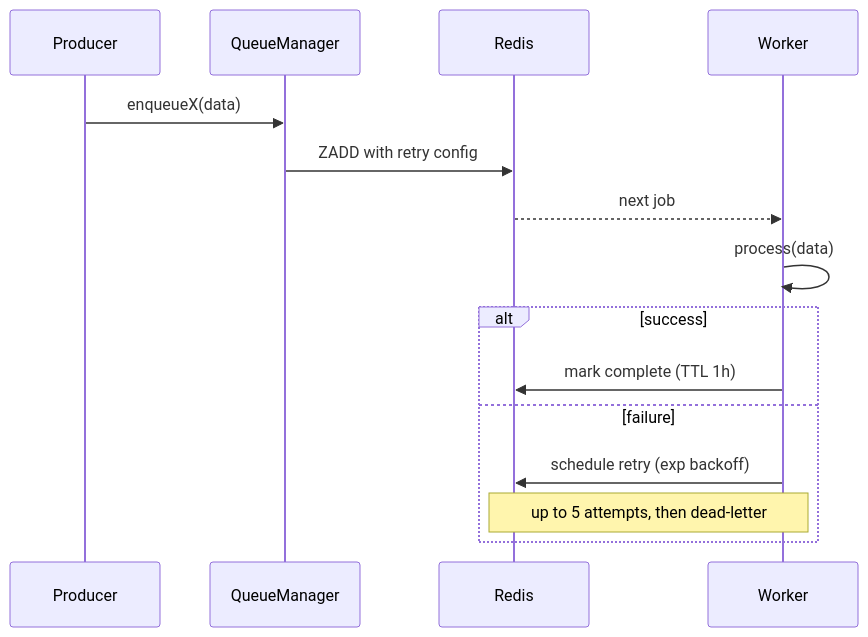
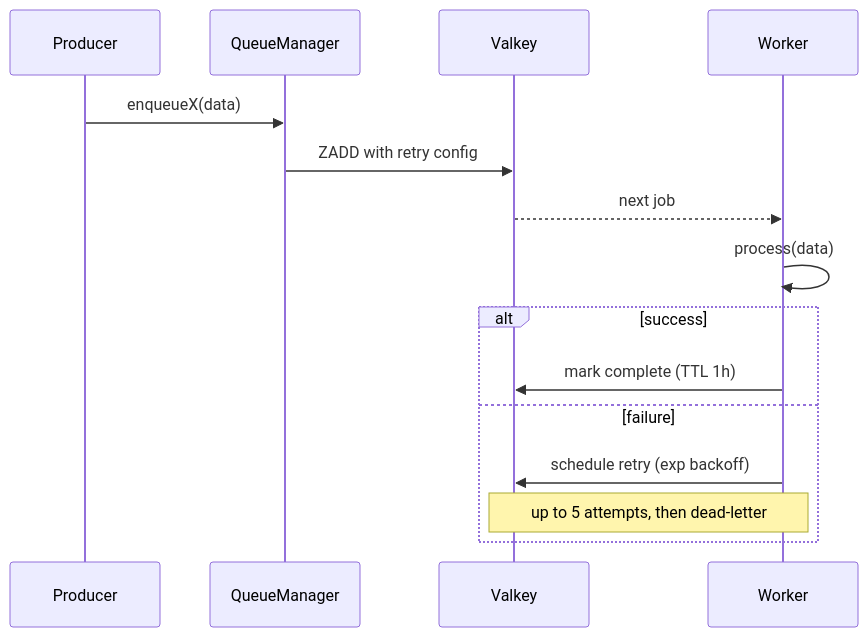
One commit to AI-Starter-Templates/.github changed the diagram in src/content/docs/api/queues.mdx. Above: the diagram before and after it, drawn with Mermaid. The commit also changed other lines of this file and 21 other files, not shown here.

````diff
--- a/src/content/docs/api/queues.mdx
+++ b/src/content/docs/api/queues.mdx
@@ -18,17 +18,17 @@
 ```mermaid
 sequenceDiagram
   participant Producer
   participant Manager as QueueManager
-  participant Redis
+  participant Valkey
   participant Worker
   Producer->>Manager: enqueueX(data)
-  Manager->>Redis: ZADD with retry config
-  Redis-->>Worker: next job
+  Manager->>Valkey: ZADD with retry config
+  Valkey-->>Worker: next job
   Worker->>Worker: process(data)
   alt success
-    Worker->>Redis: mark complete (TTL 1h)
+    Worker->>Valkey: mark complete (TTL 1h)
   else failure
-    Worker->>Redis: schedule retry (exp backoff)
-    Note over Redis,Worker: up to 5 attempts, then dead-letter
+    Worker->>Valkey: schedule retry (exp backoff)
+    Note over Valkey,Worker: up to 5 attempts, then dead-letter
   end
 ```
````
